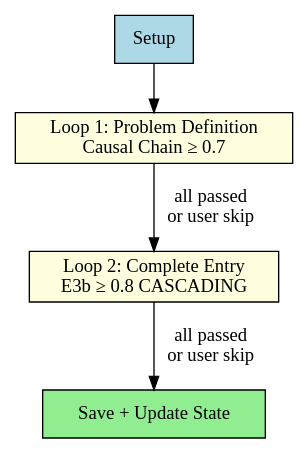
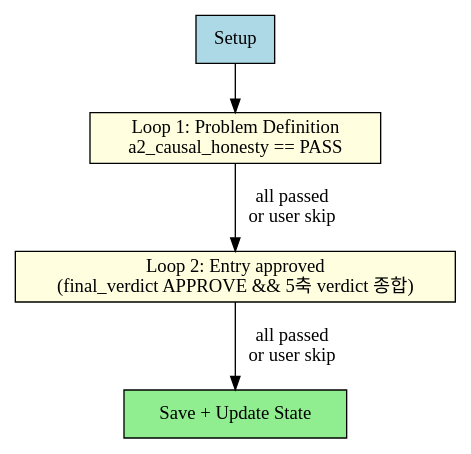
The first of 3 diagrams in skills/resume-forge/SKILL.md (toongri/oh-my-toong-playground), drawn with Graphviz before and after one commit. The commit also changed other lines of this file and 3 other files, not shown here.

Commit message:
refactor(resume-forge): 5축 schema 정합 및 구 rubric 참조 정리

````diff
--- a/skills/resume-forge/SKILL.md
+++ b/skills/resume-forge/SKILL.md
@@ -23,13 +25,13 @@
 ```dot
 digraph resume_forge {
     rankdir=TB;
     Setup [shape=box, style=filled, fillcolor=lightblue];
-    Loop1 [shape=box, label="Loop 1: Problem Definition\nCausal Chain ≥ 0.7", style=filled, fillcolor=lightyellow];
-    Loop2 [shape=box, label="Loop 2: Complete Entry\nE3b ≥ 0.8 CASCADING", style=filled, fillcolor=lightyellow];
+    Loop1 [shape=box, label="Loop 1: Problem Definition\na2_causal_honesty == PASS", style=filled, fillcolor=lightyellow];
+    Loop2 [shape=box, label="Loop 2: Entry approved\n(final_verdict APPROVE && 5축 verdict 종합)", style=filled, fillcolor=lightyellow];
     Done [shape=box, label="Save + Update State", style=filled, fillcolor=lightgreen];
 
     Setup -> Loop1;
     Loop1 -> Loop2 [label="all passed\nor user skip"];
     Loop2 -> Done [label="all passed\nor user skip"];
 }
 ```
````
